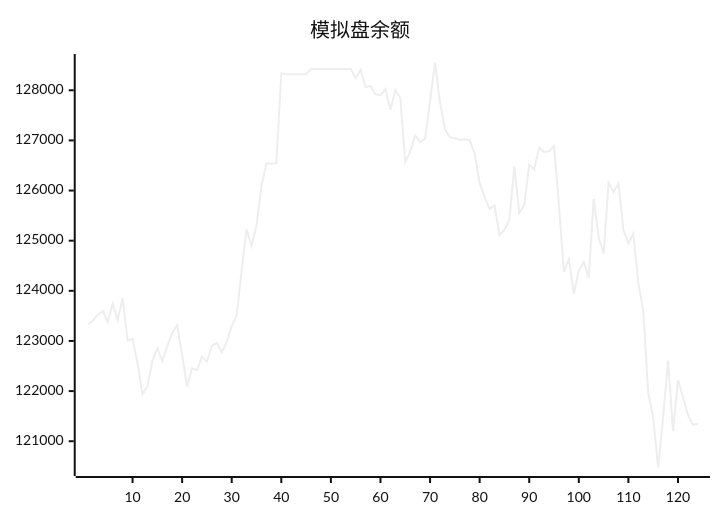
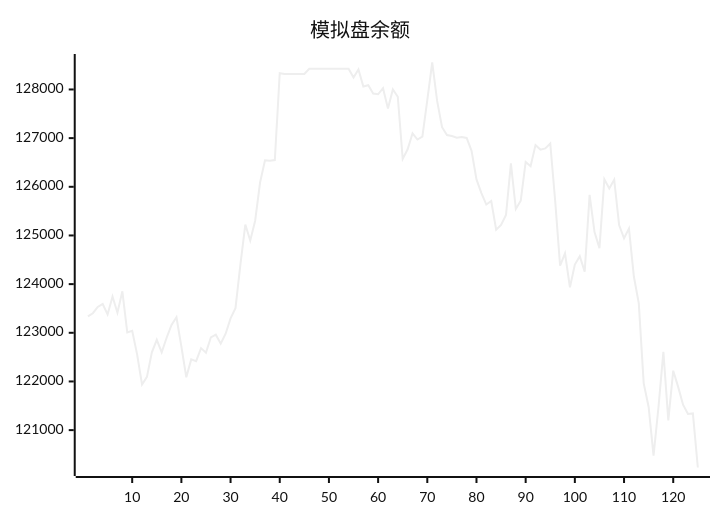
Before and after one commit to aahl/ai-trading: the diagram in README.md, drawn with Mermaid (neutral theme). The commit also changed other lines of this file and 1 other file, not shown here.

````diff
--- a/README.md
+++ b/README.md
@@ -5,5 +5,5 @@
 ```mermaid
 xychart
     title "模拟盘余额"
-    line [123338,123402,123530,123592,123378,123745,123413,123853,123009,123040,122557,121938,122095,122599,122856,122597,122898,123160,123319,122719,122087,122454,122416,122685,122592,122907,122961,122776,122981,123295,123507,124403,125224,124894,125303,126088,126544,126534,126549,128335,128318,128318,128318,128318,128318,128424,128424,128424,128424,128424,128424,128424,128424,128424,128247,128412,128062,128087,127917,127901,128026,127611,128000,127850,126572,126770,127100,126971,127029,127783,128554,127765,127224,127064,127044,127009,127025,127004,126738,126152,125871,125635,125707,125117,125217,125420,126480,125545,125715,126511,126424,126856,126764,126788,126890,125710,124381,124632,123936,124402,124574,124256,125833,125070,124739,126154,125966,126145,125213,124943,125143,124157,123604,121959,121476,120476,121470,122610,121201,122221,121889,121522,121332,121344]
+    line [123338,123402,123530,123592,123378,123745,123413,123853,123009,123040,122557,121938,122095,122599,122856,122597,122898,123160,123319,122719,122087,122454,122416,122685,122592,122907,122961,122776,122981,123295,123507,124403,125224,124894,125303,126088,126544,126534,126549,128335,128318,128318,128318,128318,128318,128424,128424,128424,128424,128424,128424,128424,128424,128424,128247,128412,128062,128087,127917,127901,128026,127611,128000,127850,126572,126770,127100,126971,127029,127783,128554,127765,127224,127064,127044,127009,127025,127004,126738,126152,125871,125635,125707,125117,125217,125420,126480,125545,125715,126511,126424,126856,126764,126788,126890,125710,124381,124632,123936,124402,124574,124256,125833,125070,124739,126154,125966,126145,125213,124943,125143,124157,123604,121959,121476,120476,121470,122610,121201,122221,121889,121522,121332,121344,120232]
 ```
````
